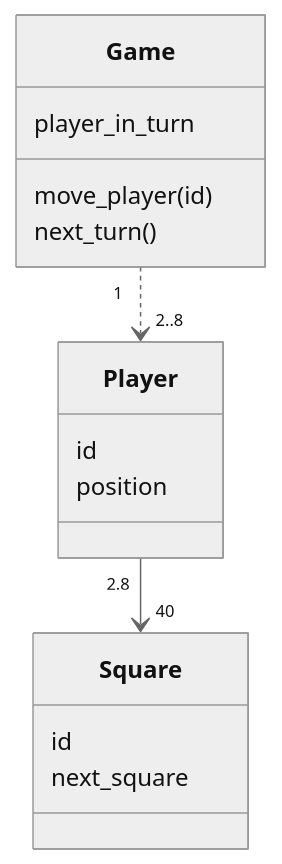
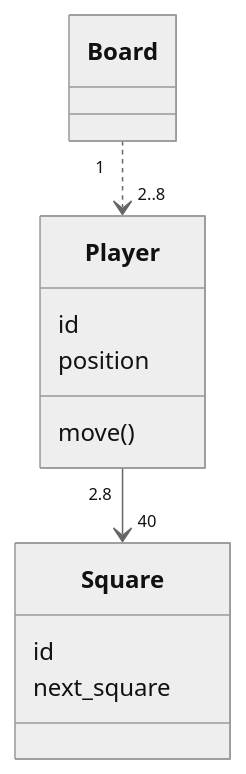
Before and after one commit to Gaberol/ot-harjoitustyo: the diagram in laskarit/viikko3/monopoli.md, drawn with Mermaid (neutral theme).

````diff
--- a/laskarit/viikko3/monopoli.md
+++ b/laskarit/viikko3/monopoli.md
@@ -1,18 +1,17 @@
 ```mermaid
  classDiagram
- Game "1" ..> "2..8" Player
+ Board "1" ..> "2..8" Player
  Player "2.8" --> "40" Square
- class Game{
-     player_in_turn
-     move_player(id)
-     next_turn()
+ class Board{
+ 
  }
  class Player{
      id
      position
+     move()
  }
  class Square{
      id
      next_square
  }
 ```
````
